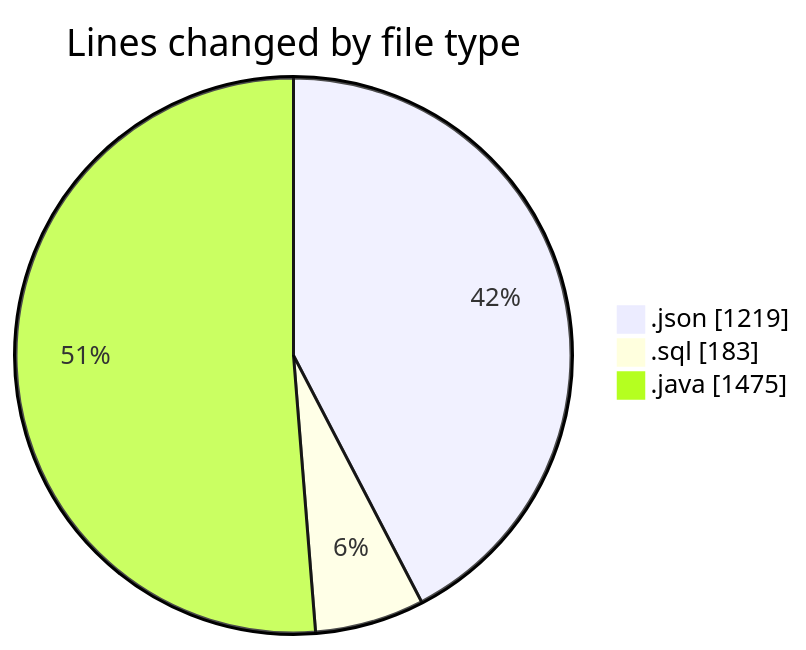
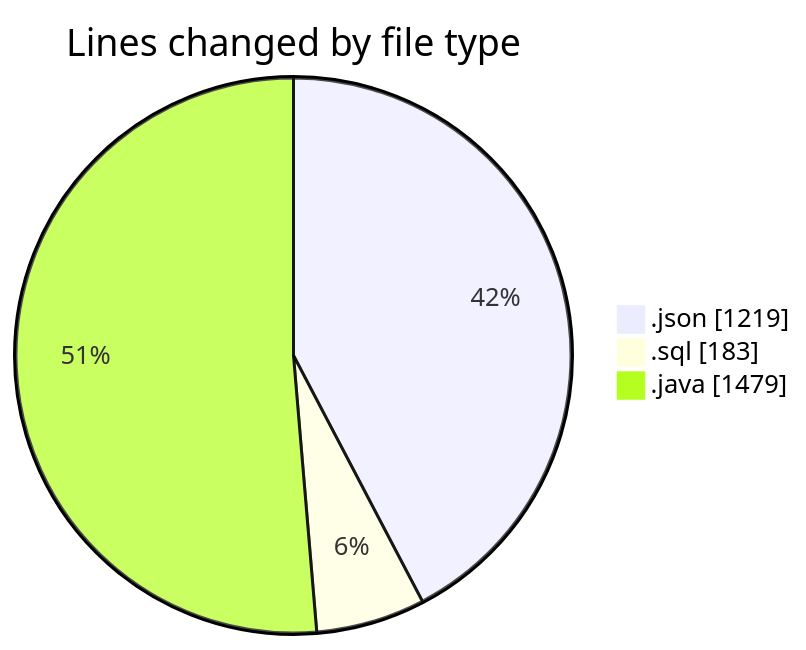
The first of 2 diagrams in 2026-06-16/cilapp/README.md (ricardozamudiocil/code-tracking), drawn with Mermaid before and after one commit. The commit also changed other lines of this file and 1 other file, not shown here.

````diff
--- a/2026-06-16/cilapp/README.md
+++ b/2026-06-16/cilapp/README.md
@@ -25,7 +25,7 @@
 ```mermaid
 pie showData
 title Lines changed by file type
 ".json" : 1219
 ".sql" : 183
-".java" : 1475
+".java" : 1479
 ```
````
